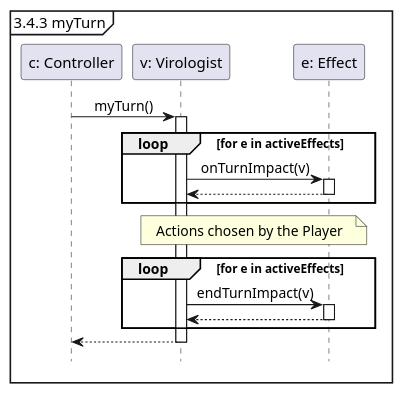
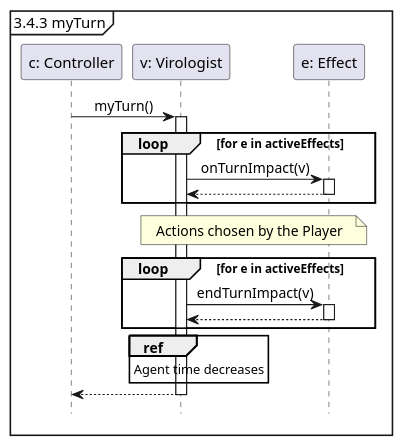
One commit to Tschonti/503-service-unavailable changed the diagram in docs/seqDiagrams/03_1myTurn.puml. Above: the diagram before and after it, drawn with PlantUML. The commit also changed 9 other files, not shown here.

```diff
--- a/docs/seqDiagrams/03_1myTurn.puml
+++ b/docs/seqDiagrams/03_1myTurn.puml
@@ -1,24 +1,24 @@
 @startuml
 
 hide footbox
 skinparam sequenceMessageAlign center
 
 mainframe 3.4.3 myTurn
 
 participant "c: Controller" as c
 participant "v: Virologist" as v
 participant "e: Effect" as e
 c -> v ++ : myTurn()
     loop for e in activeEffects
         v -> e ++ : onTurnImpact(v)
         return
     end
 
     note over v,e: Actions chosen by the Player
     loop for e in activeEffects
         v -> e ++ : endTurnImpact(v)
         return
     end
-
+    ref over v: Agent time decreases
 return
 @enduml
```
